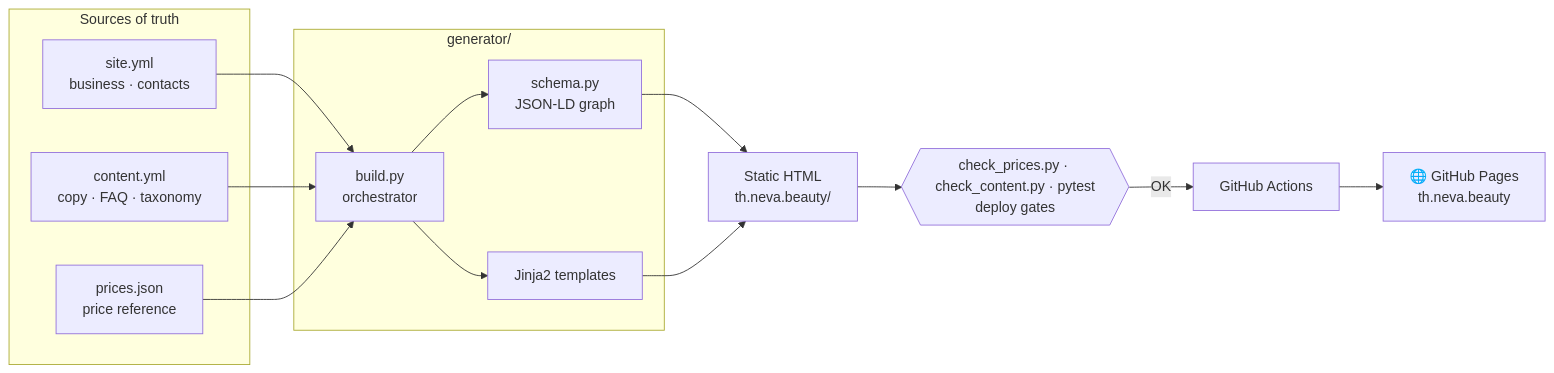
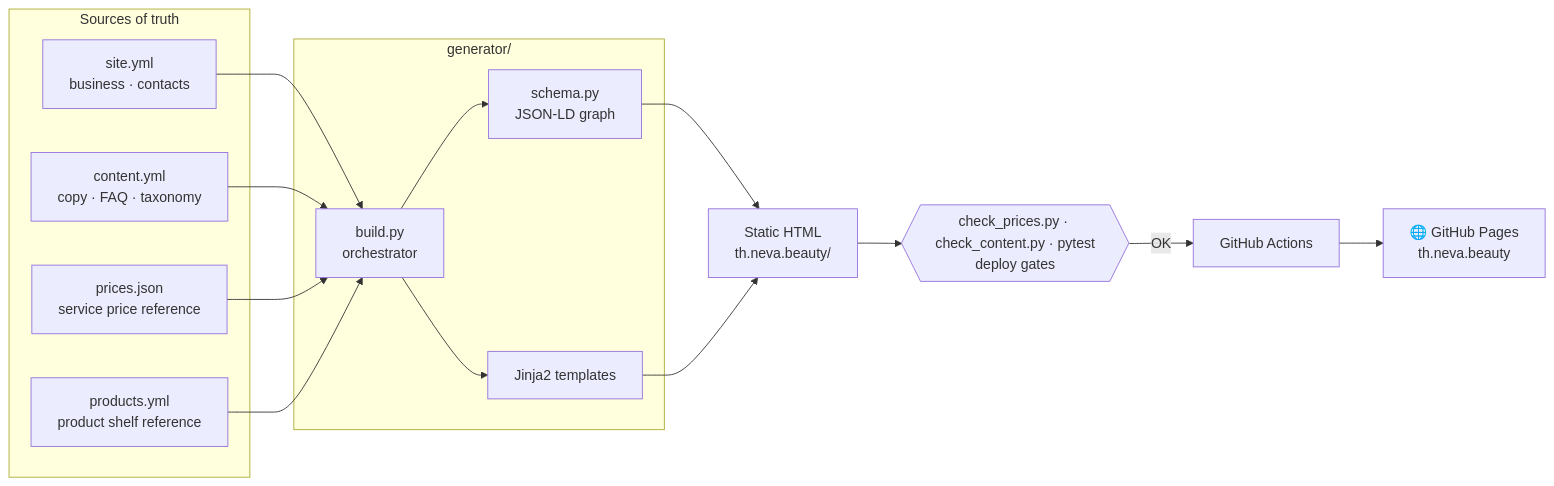
One commit to jw-git-hub/th.neva.beauty changed the diagram in README.en.md. Above: the diagram before and after it, drawn with Mermaid. The commit also changed other lines of this file and 102 other files, not shown here.

````diff
--- a/README.en.md
+++ b/README.en.md
@@ -97,23 +97,25 @@
 ```mermaid
 flowchart LR
     subgraph SRC["Sources of truth"]
         A["site.yml<br/>business · contacts"]
         B["content.yml<br/>copy · FAQ · taxonomy"]
-        C["prices.json<br/>price reference"]
+        C["prices.json<br/>service price reference"]
+        P["products.yml<br/>product shelf reference"]
     end
     subgraph GEN["generator/"]
         D["build.py<br/>orchestrator"]
         E["schema.py<br/>JSON-LD graph"]
         F["Jinja2 templates"]
     end
     A --> D
     B --> D
     C --> D
+    P --> D
     D --> E
     D --> F
     E --> G["Static HTML<br/>th.neva.beauty/"]
     F --> G
     G --> H{{"check_prices.py · check_content.py · pytest<br/>deploy gates"}}
     H -->|OK| I["GitHub Actions"]
     I --> J["🌐 GitHub Pages<br/>th.neva.beauty"]
 ```
````
